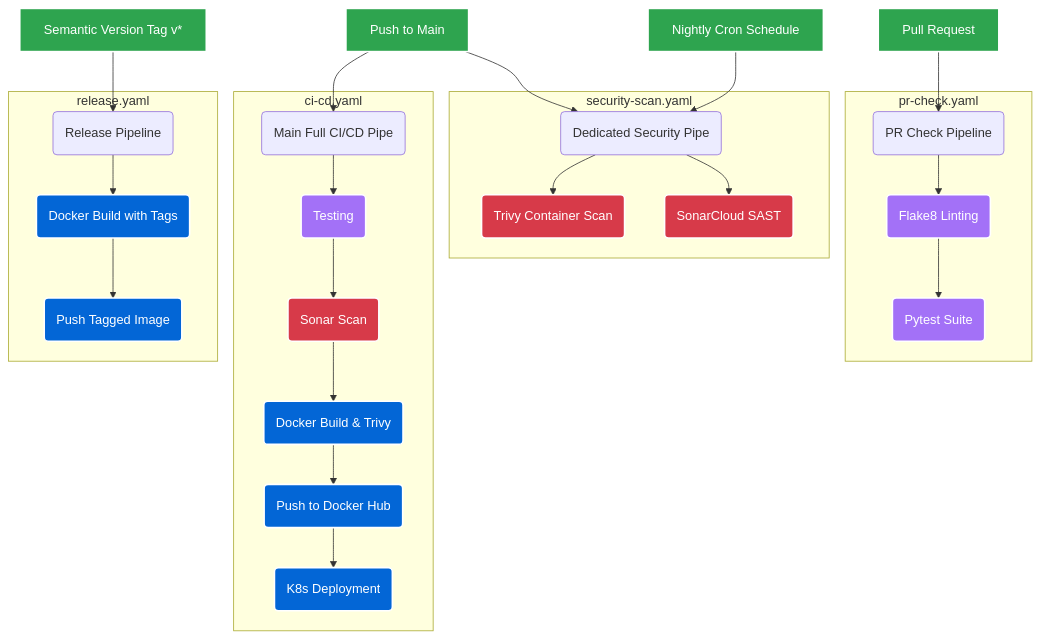
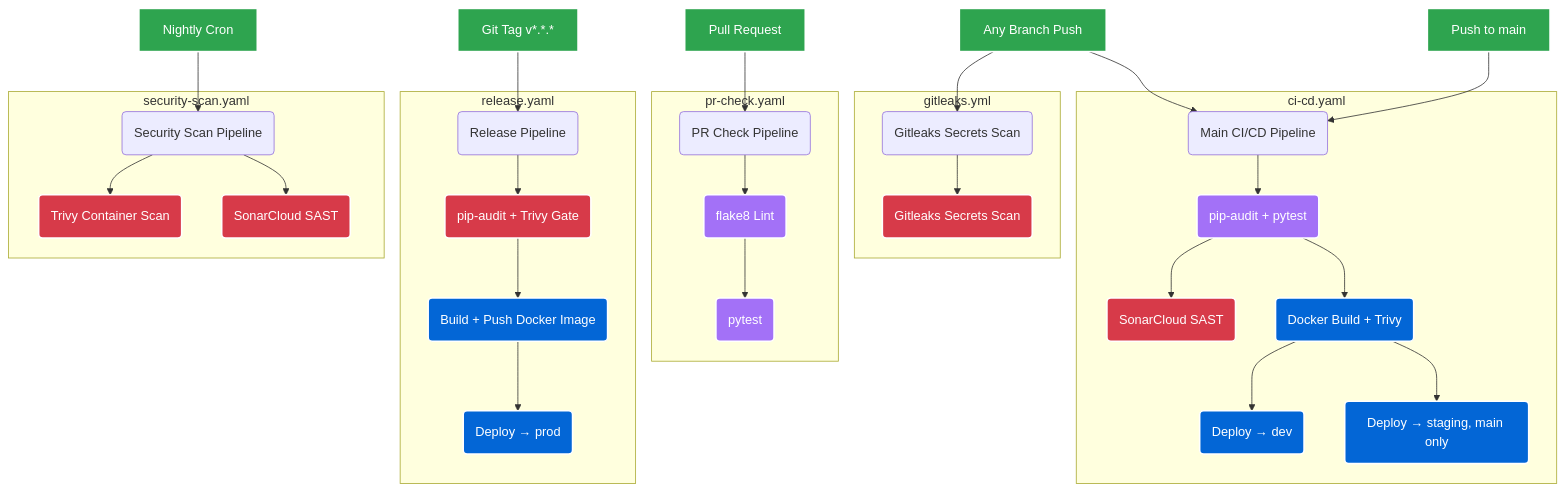
One commit to RohithKumar5860/devsecops-project changed the third of 3 diagrams in PROJECT_DESCRIPTION.md. Above: the diagram before and after it, drawn with Mermaid. The commit also changed other lines of this file and 26 other files, not shown here.

Commit message:
feat(k8s,security,ci): multi-environment deployment with Kustomize overlays, security-gated CI/CD promotion, and CVE fixes

````diff
--- a/PROJECT_DESCRIPTION.md
+++ b/PROJECT_DESCRIPTION.md
@@ -87,36 +217,42 @@
 ```mermaid
 graph TD
     classDef trigger fill:#2ea44f,stroke:#fff,stroke-width:2px,color:#fff;
     classDef test fill:#a371f7,stroke:#fff,stroke-width:2px,color:#fff;
     classDef sec fill:#d73a49,stroke:#fff,stroke-width:2px,color:#fff;
     classDef build fill:#0366d6,stroke:#fff,stroke-width:2px,color:#fff;
 
     PR[Pull Request]:::trigger --> PR_Pipe(PR Check Pipeline)
-    Push[Push to Main]:::trigger --> Main_Pipe(Main Full CI/CD Pipe)
-    Push --> Sec_Pipe(Dedicated Security Pipe)
-    Cron[Nightly Cron Schedule]:::trigger --> Sec_Pipe
-    Tag[Semantic Version Tag v*]:::trigger --> Rel_Pipe(Release Pipeline)
+    AnyBranch[Any Branch Push]:::trigger --> Gitleaks_Pipe(Gitleaks Secrets Scan)
+    AnyBranch --> Main_Pipe(Main CI/CD Pipeline)
+    PushMain[Push to main]:::trigger --> Main_Pipe
+    Cron[Nightly Cron]:::trigger --> Sec_Pipe(Security Scan Pipeline)
+    Tag[Git Tag v*.*.*]:::trigger --> Rel_Pipe(Release Pipeline)
 
-    subgraph PR Check [pr-check.yaml]
-        PR_Pipe --> LINT(Flake8 Linting):::test
-        LINT --> PYTEST(Pytest Suite):::test
+    subgraph pr-check.yaml
+        PR_Pipe --> LINT(flake8 Lint):::test
+        LINT --> PYTEST(pytest):::test
     end
 
-    subgraph Security Scan [security-scan.yaml]
-        Sec_Pipe --> TRIVY(Trivy Container Scan):::sec
-        Sec_Pipe --> SONAR(SonarCloud SAST):::sec
+    subgraph gitleaks.yml
+        Gitleaks_Pipe --> GL(Gitleaks Secrets Scan):::sec
     end
 
-    subgraph Main CI/CD [ci-cd.yaml]
-        Main_Pipe --> M_TEST(Testing):::test
-        M_TEST --> M_SONAR(Sonar Scan):::sec
-        M_SONAR --> M_BUILD(Docker Build & Trivy):::build
-        M_BUILD --> M_PUSH(Push to Docker Hub):::build
-        M_PUSH --> M_DEPLOY(K8s Deployment):::build
+    subgraph ci-cd.yaml
+        Main_Pipe --> M_TEST(pip-audit + pytest):::test
+        M_TEST --> M_SONAR(SonarCloud SAST):::sec
+        M_TEST --> M_BUILD(Docker Build + Trivy):::build
+        M_BUILD --> DEV_DEPLOY(Deploy → dev):::build
+        M_BUILD --> STG_DEPLOY(Deploy → staging, main only):::build
     end
 
-    subgraph Release [release.yaml]
-        Rel_Pipe --> R_BUILD(Docker Build with Tags):::build
-        R_BUILD --> R_PUSH(Push Tagged Image):::build
+    subgraph release.yaml
+        Rel_Pipe --> R_GATE(pip-audit + Trivy Gate):::sec
+        R_GATE --> R_PUSH(Build + Push Docker Image):::build
+        R_PUSH --> PROD_DEPLOY(Deploy → prod):::build
+    end
+
+    subgraph security-scan.yaml
+        Sec_Pipe --> TRIVY2(Trivy Container Scan):::sec
+        Sec_Pipe --> SONAR2(SonarCloud SAST):::sec
     end
 ```
````
